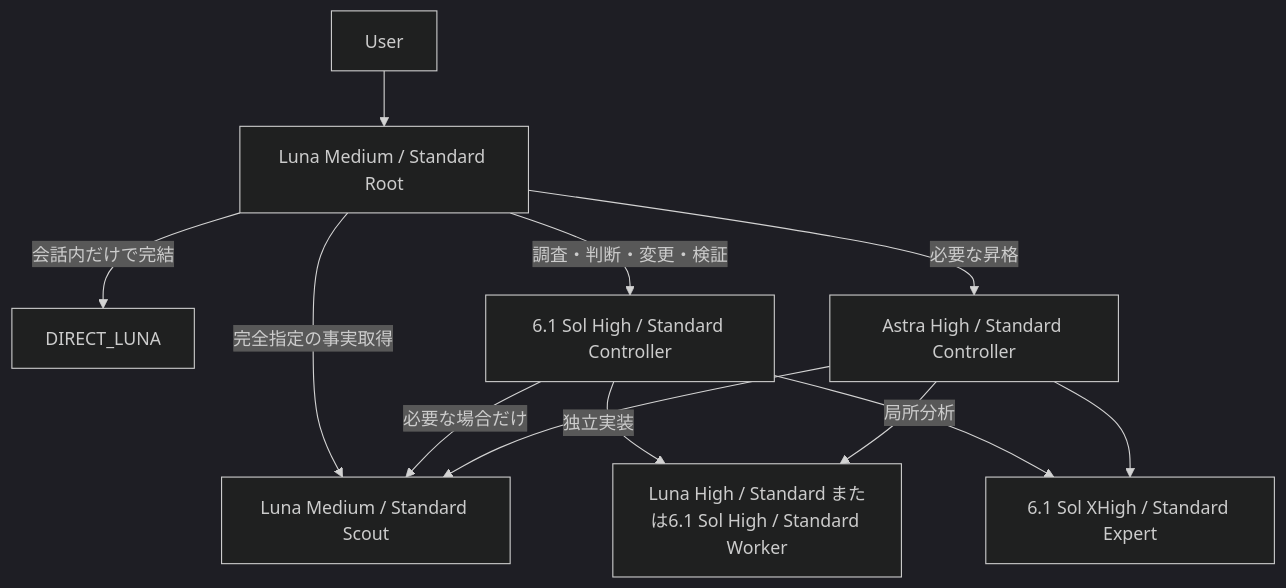
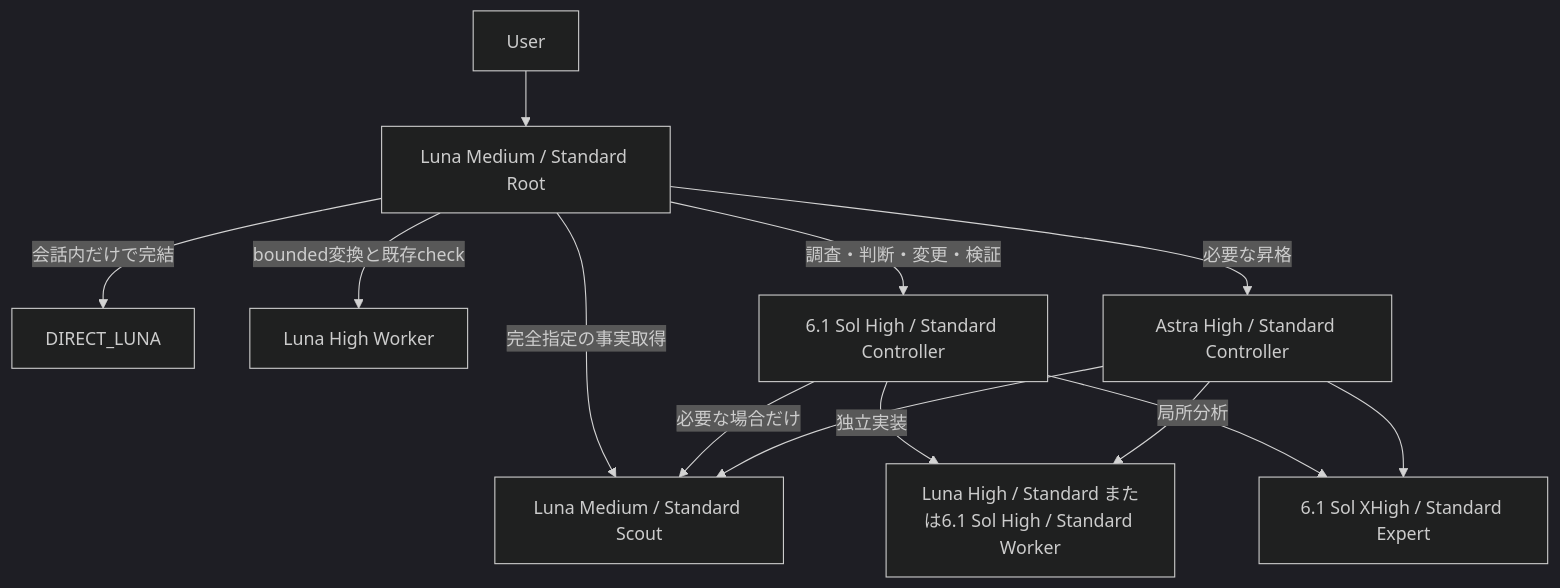
The diagram in docs/ARCHITECTURE.md (ten9miq/codex-multi-agent-orchestrator), drawn with Mermaid (dark theme) before and after one commit. The commit also changed other lines of this file and 11 other files, not shown here.

Commit message:
Enable bounded automatic Luna Worker transformations

````diff
--- a/docs/ARCHITECTURE.md
+++ b/docs/ARCHITECTURE.md
@@ -7,14 +7,15 @@
 ```mermaid
 flowchart TD
     U[User] --> R["Luna Medium / Standard Root"]
     R -->|"会話内だけで完結"| D[DIRECT_LUNA]
     R -->|"完全指定の事実取得"| S
+    R -->|"bounded変換と既存check"| LW["Luna High Worker"]
     R -->|"調査・判断・変更・検証"| C["6.1 Sol High / Standard Controller"]
     R -->|"必要な昇格"| A["Astra High / Standard Controller"]
     C -->|"必要な場合だけ"| S["Luna Medium / Standard Scout"]
     C -->|"独立実装"| W["Luna High / Standard または6.1 Sol High / Standard Worker"]
     C -->|"局所分析"| E["6.1 Sol XHigh / Standard Expert"]
     A --> S
     A --> W
     A --> E
 ```
````
